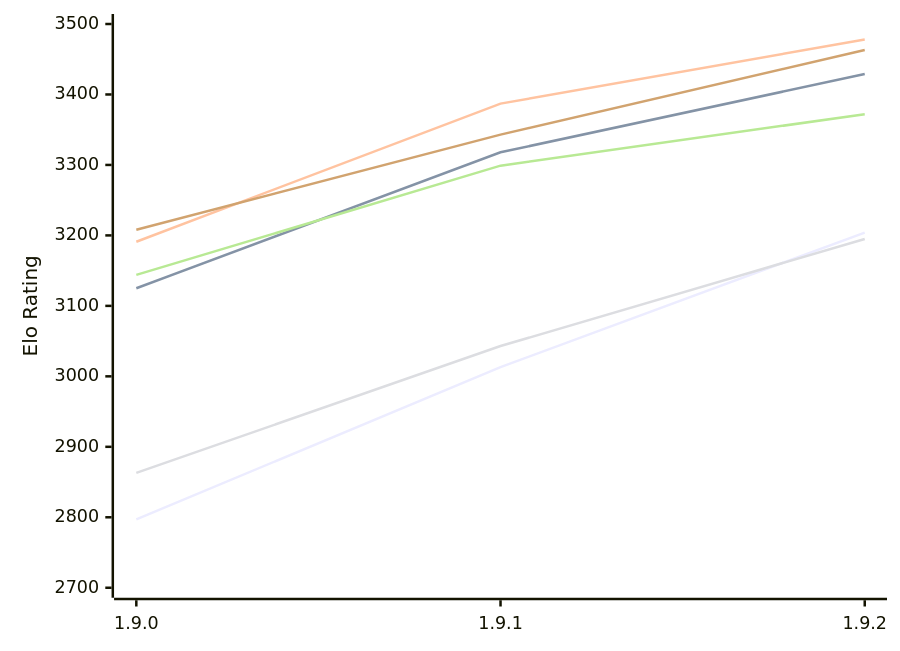
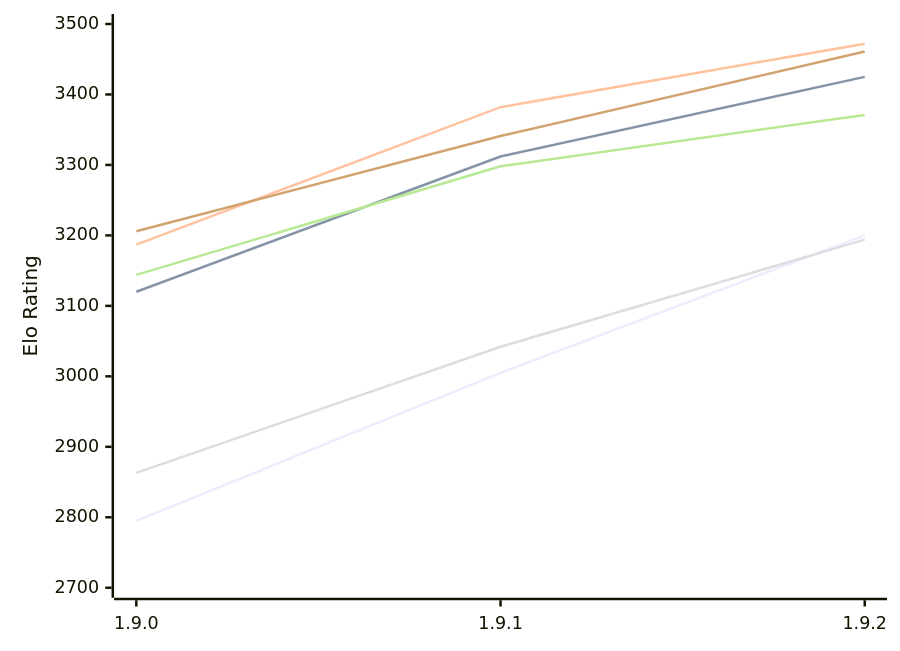
Before and after one commit to computer-chess-index/cci: the diagram in engines/Superpawn.md, drawn with Mermaid. The commit also changed other lines of this file, not shown here.

Commit message:
Update CCI Ratings (ELO VLTC) - 2026-11-26

````diff
--- a/engines/Superpawn.md
+++ b/engines/Superpawn.md
@@ -51,12 +51,12 @@
 ```mermaid
 %%{init: {"theme":"base","themeVariables":{"seriesColors:['#a3a3a3','#222221','#faa371']}}}%%
 xychart-beta
   x-axis ["1.9.0", "1.9.1", "1.9.2"]
   y-axis "Elo Rating" 2700 --> 3500
-  line "E1: STC (8.0+0.08s)" [2797, 3013, 3204]
-  line "E1: LTC (60.0+0.60s)" [3125, 3318, 3429]
-  line "E1: VLTC (2m24s+1.12s)" [3191, 3387, 3478]
-  line "P1: STC (8.0+0.08s)" [2863, 3043, 3195]
-  line "P1: LTC (60.0+0.60s)" [3144, 3299, 3372]
-  line "P1: VLTC (2m24s+1.12s)" [3208, 3343, 3463]
+  line "E1: STC (8.0+0.08s)" [2795, 3005, 3200]
+  line "E1: LTC (60.0+0.60s)" [3120, 3312, 3425]
+  line "E1: VLTC (2m24s+1.12s)" [3187, 3382, 3472]
+  line "P1: STC (8.0+0.08s)" [2863, 3042, 3194]
+  line "P1: LTC (60.0+0.60s)" [3144, 3298, 3371]
+  line "P1: VLTC (2m24s+1.12s)" [3206, 3341, 3461]
 ```
````
